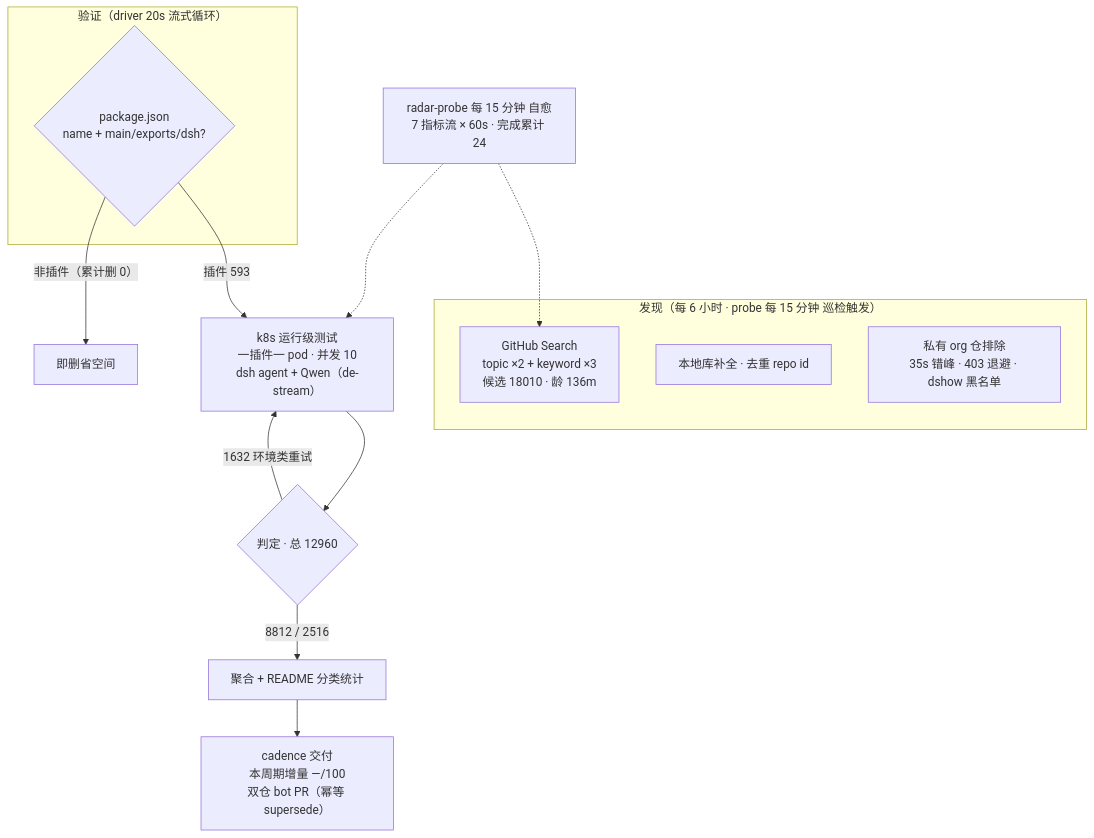
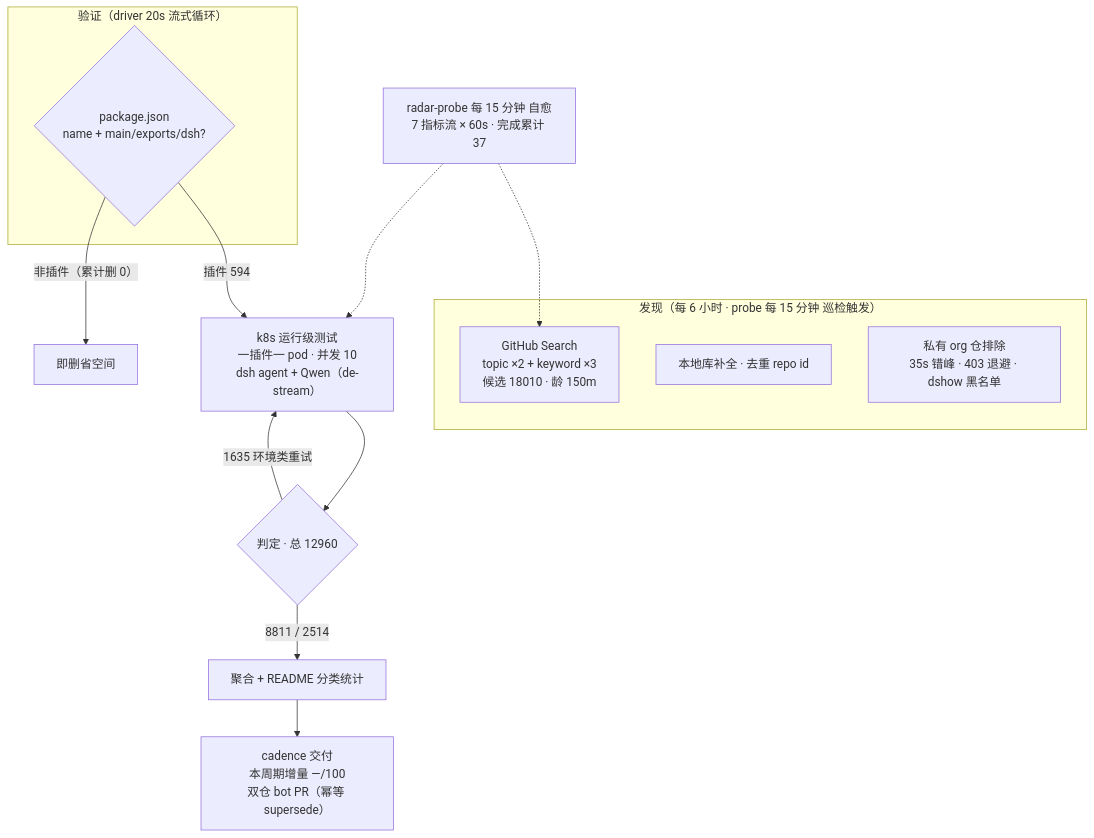
The diagram in README.md (AdamPlatin123/awesome-dsh-plugins), drawn with Mermaid before and after one commit. The commit also changed other lines of this file and 5 other files, not shown here.

````diff
--- a/README.md
+++ b/README.md
@@ -52,20 +52,20 @@
 ```mermaid
 flowchart TB
     subgraph Discovery["发现（每 6 小时 · probe 每 15 分钟 巡检触发）"]
-        A1["GitHub Search<br/>topic ×2 + keyword ×3<br/>候选 18010 · 龄 136m"]
+        A1["GitHub Search<br/>topic ×2 + keyword ×3<br/>候选 18010 · 龄 150m"]
         A2["本地库补全 · 去重 repo id"]
         A3["私有 org 仓排除<br/>35s 错峰 · 403 退避 · dshow 黑名单"]
     end
     subgraph Validation["验证（driver 20s 流式循环）"]
         B1{"package.json<br/>name + main/exports/dsh?"}
     end
-    B1 -->|"插件 593"| C1["k8s 运行级测试<br/>一插件一 pod · 并发 10<br/>dsh agent + Qwen（de-stream）"]
+    B1 -->|"插件 594"| C1["k8s 运行级测试<br/>一插件一 pod · 并发 10<br/>dsh agent + Qwen（de-stream）"]
     B1 -->|"非插件（累计删 0）"| B3["即删省空间"]
     C1 --> D1{"判定 · 总 12960"}
-    D1 -->|"8812 / 2516"| E1["聚合 + README 分类统计"]
-    D1 -->|"1632 环境类重试"| C1
+    D1 -->|"8811 / 2514"| E1["聚合 + README 分类统计"]
+    D1 -->|"1635 环境类重试"| C1
     E1 --> E2["cadence 交付<br/>本周期增量 —/100<br/>双仓 bot PR（幂等 supersede）"]
-    M["radar-probe 每 15 分钟 自愈<br/>7 指标流 × 60s · 完成累计 24"]
+    M["radar-probe 每 15 分钟 自愈<br/>7 指标流 × 60s · 完成累计 37"]
     M -.-> A1
     M -.-> C1
 ```
````
